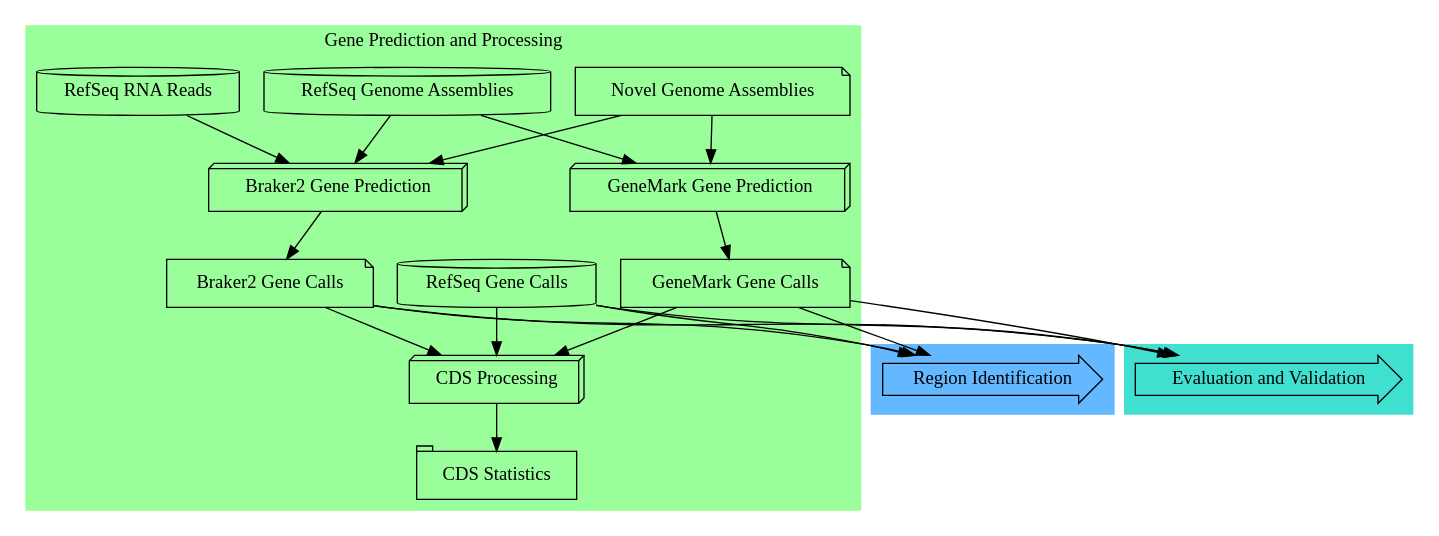
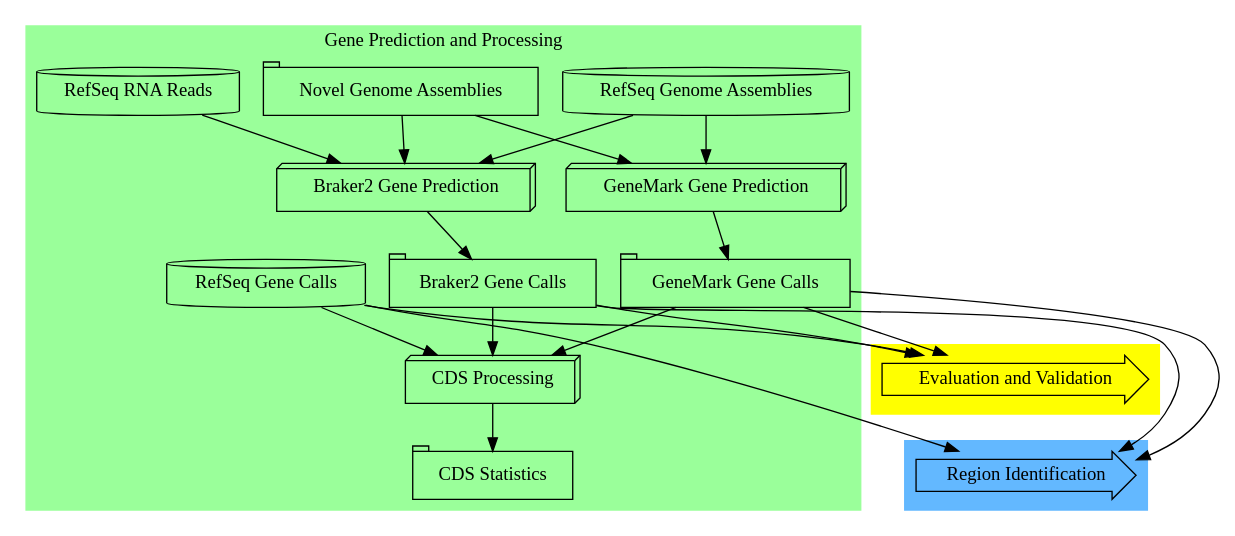
Before and after one commit to cbe453/masters: the diagram in working-thesis/figures/gene-finding-met.dot, drawn with Graphviz. The commit also changed 22 other files, not shown here.

```diff
--- a/working-thesis/figures/gene-finding-met.dot
+++ b/working-thesis/figures/gene-finding-met.dot
@@ -1,55 +1,60 @@
 digraph G{
 
 	rankdir = "TB";
 	splines = true;
 	style = filled;
 	color = palegreen1;
 
 	subgraph cluster_1 {
 
 		 style = filled;
 		 color = steelblue1;
 		"Region Identification" [shape = rarrow];
 	}
 
 	subgraph cluster_2 {
 		 style = filled;
-		 color = turquoise;
+		 color = yellow;
 		 "Evaluation and Validation" [shape = rarrow];
 	}
 
 	subgraph cluster_0 {
-		 "Novel Genome Assemblies" [shape = note];
+		 "Novel Genome Assemblies" [shape = tab];
 		 label = "Gene Prediction and Processing";
 		 "RefSeq Genome Assemblies" [shape = cylinder];
 		 "RefSeq RNA Reads" [shape = cylinder];
 		 "RefSeq Gene Calls" [shape = cylinder];
 		 {rank = same; "RefSeq Genome Assemblies"; "RefSeq RNA Reads"};
 		 "GeneMark Gene Prediction" [shape = box3d];
 		 "Braker2 Gene Prediction" [shape = box3d];
 		 "RefSeq Genome Assemblies" -> "GeneMark Gene Prediction";
 		 "RefSeq Genome Assemblies" -> "Braker2 Gene Prediction";
 		 "RefSeq RNA Reads" -> "Braker2 Gene Prediction";
-		 "Braker2 Gene Calls" [shape = note];
-		 "GeneMark Gene Calls" [shape = note];
+		 "Braker2 Gene Calls" [shape = tab];
+		 "GeneMark Gene Calls" [shape = tab];
 		 "Braker2 Gene Prediction" -> "Braker2 Gene Calls"
 		 "GeneMark Gene Prediction" -> "GeneMark Gene Calls"
 		 {rank = same; "RefSeq Gene Calls"; "Braker2 Gene Calls"; "GeneMark Gene Calls"}
 		 "CDS Processing" [shape = box3d];
 		 "GeneMark Gene Calls" -> "CDS Processing";
 		 "Braker2 Gene Calls" -> "CDS Processing";
 		 "RefSeq Gene Calls" -> "CDS Processing";
 		 "GeneMark Gene Calls" -> "Evaluation and Validation";
                  "Braker2 Gene Calls" -> "Evaluation and Validation";
                  "RefSeq Gene Calls" -> "Evaluation and Validation";
 		 "CDS Statistics" [shape = tab];
 		 "CDS Processing" -> "CDS Statistics";
 
 	}
 
 	"Novel Genome Assemblies" -> "GeneMark Gene Prediction";
 	"Novel Genome Assemblies" -> "Braker2 Gene Prediction";
 	"GeneMark Gene Calls" -> "Region Identification";
 	"Braker2 Gene Calls" -> "Region Identification";
 	"RefSeq Gene Calls" -> "Region Identification";
+	edge[style=invis];
+	#"CDS Statistics" -> "Evaluation and Validation";
+	#"CDS Statistics" -> "Region Identification";
+	"Evaluation and Validation" -> "Region Identification";
+
 }
```
